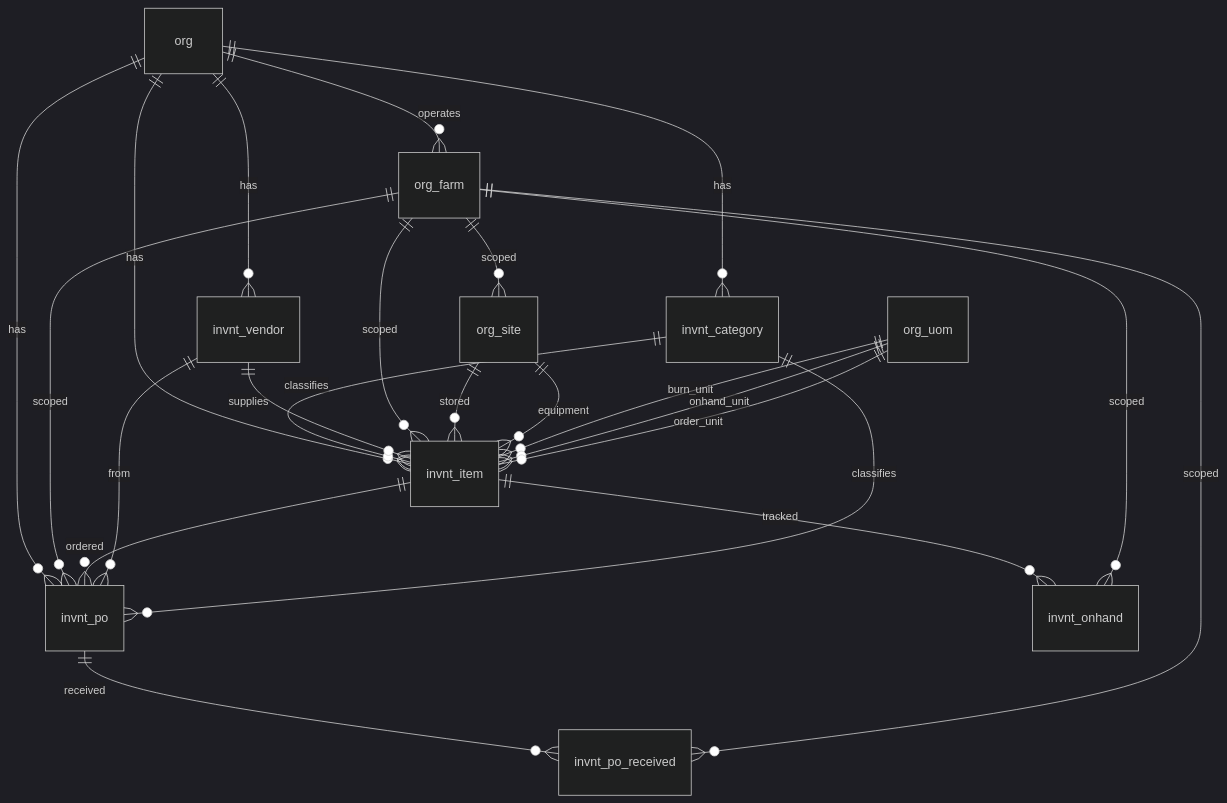
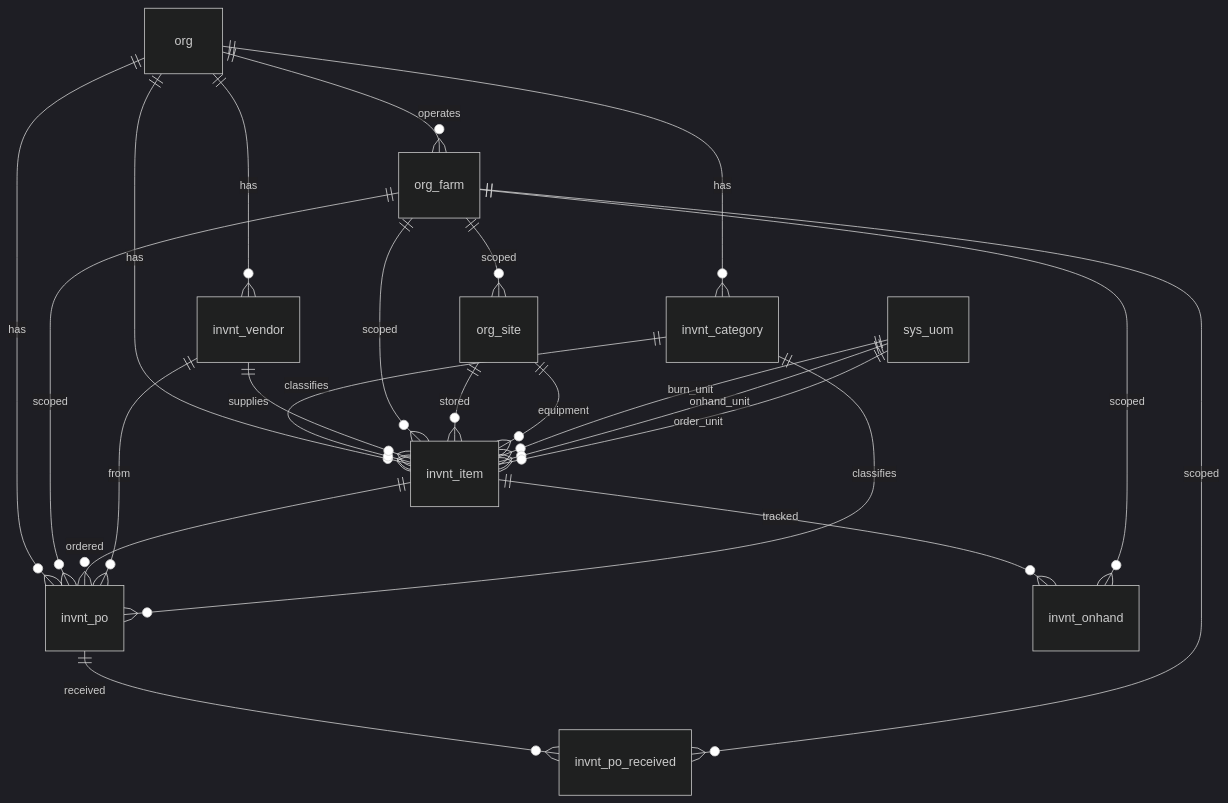
One commit to Hawaii-Farming/aloha-app changed the diagram in docs/schemas/20260319_03_invnt.md. Above: the diagram before and after it, drawn with Mermaid (dark theme). The commit also changed other lines of this file and 30 other files, not shown here.

````diff
--- a/docs/schemas/20260319_03_invnt.md
+++ b/docs/schemas/20260319_03_invnt.md
@@ -9,25 +9,25 @@
 ```mermaid
 erDiagram
     org ||--o{ org_farm : operates
     org ||--o{ invnt_vendor : has
     org ||--o{ invnt_category : has
     org ||--o{ invnt_item : has
     invnt_category ||--o{ invnt_item : classifies
     invnt_vendor ||--o{ invnt_item : supplies
     org_farm ||--o{ invnt_item : scoped
     org_farm ||--o{ org_site : scoped
     org_site ||--o{ invnt_item : stored
     org_site ||--o{ invnt_item : equipment
-    org_uom ||--o{ invnt_item : burn_unit
-    org_uom ||--o{ invnt_item : onhand_unit
-    org_uom ||--o{ invnt_item : order_unit
+    sys_uom ||--o{ invnt_item : burn_unit
+    sys_uom ||--o{ invnt_item : onhand_unit
+    sys_uom ||--o{ invnt_item : order_unit
     org ||--o{ invnt_po : has
     org_farm ||--o{ invnt_po : scoped
     invnt_item ||--o{ invnt_po : ordered
     invnt_vendor ||--o{ invnt_po : from
     invnt_category ||--o{ invnt_po : classifies
     invnt_po ||--o{ invnt_po_received : received
     org_farm ||--o{ invnt_po_received : scoped
     invnt_item ||--o{ invnt_onhand : tracked
     org_farm ||--o{ invnt_onhand : scoped
 ```
````
